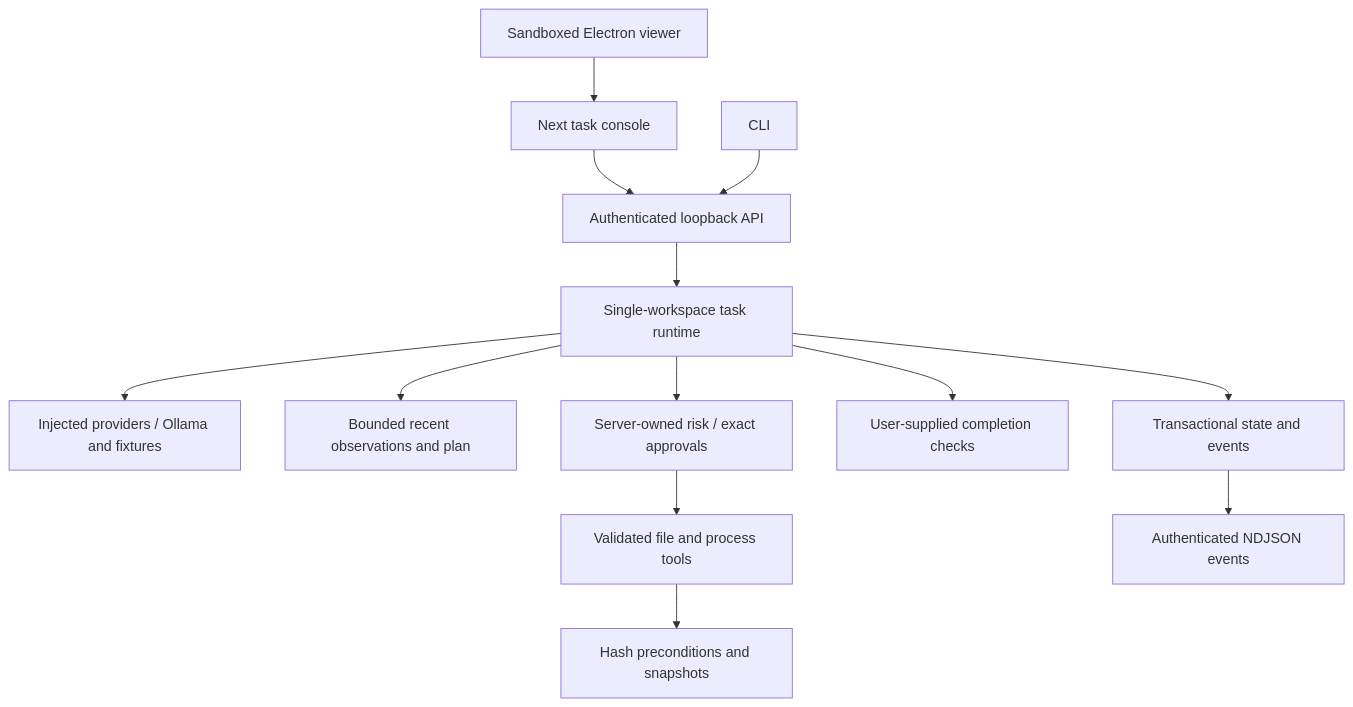
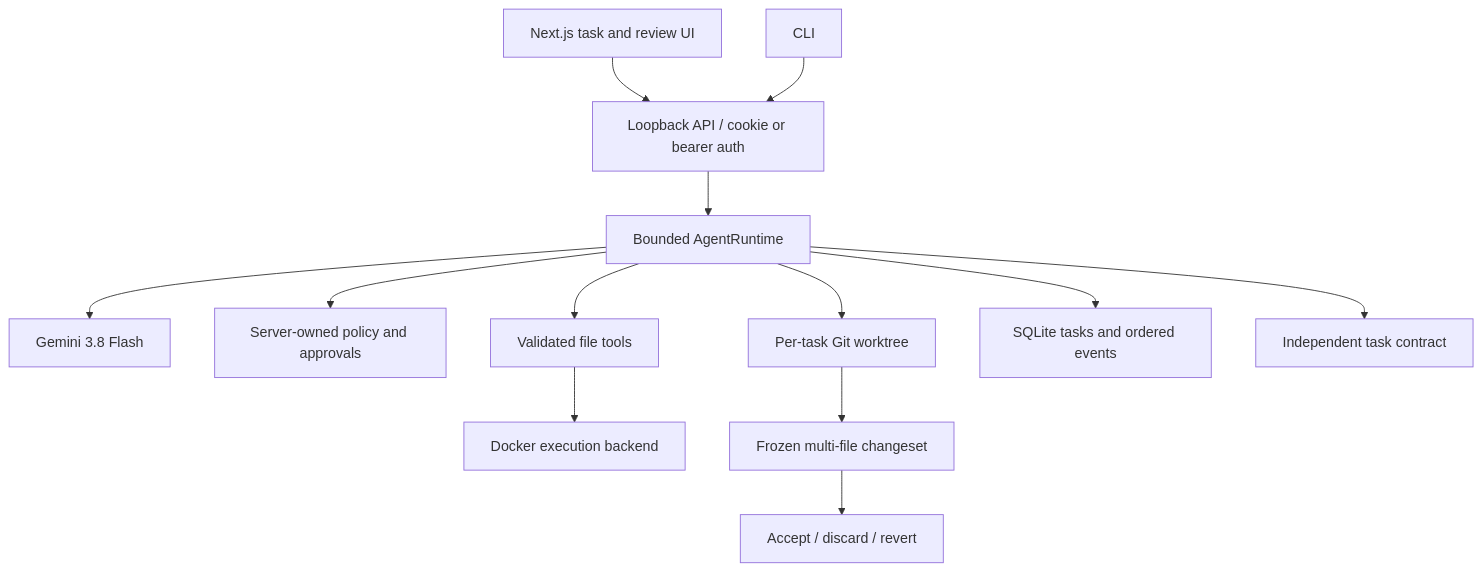
The diagram in docs/architecture.md (youssef061204/AI-Operator), drawn with Mermaid before and after one commit. The commit also changed other lines of this file and 87 other files, not shown here.

````diff
--- a/docs/architecture.md
+++ b/docs/architecture.md
@@ -3,15 +3,15 @@
 ```mermaid
 flowchart TD
-  UI[Next task console] --> API[Authenticated loopback API]
-  Desktop[Sandboxed Electron viewer] --> UI
+  Web[Next.js task and review UI] --> API[Loopback API / cookie or bearer auth]
   CLI[CLI] --> API
-  API --> Runtime[Single-workspace task runtime]
-  Runtime --> Provider[Injected providers / Ollama and fixtures]
-  Runtime --> Context[Bounded recent observations and plan]
-  Runtime --> Approval[Server-owned risk / exact approvals]
-  Approval --> Tools[Validated file and process tools]
-  Tools --> Checkpoint[Hash preconditions and snapshots]
-  Runtime --> Verification[User-supplied completion checks]
-  Runtime --> SQLite[Transactional state and events]
-  SQLite --> Stream[Authenticated NDJSON events]
+  API --> Runtime[Bounded AgentRuntime]
+  Runtime --> Gemini[Gemini 3.8 Flash]
+  Runtime --> Policy[Server-owned policy and approvals]
+  Runtime --> Workspace[Per-task Git worktree]
+  Runtime --> Tools[Validated file tools]
+  Tools --> Docker[Docker execution backend]
+  Workspace --> ChangeSet[Frozen multi-file changeset]
+  ChangeSet --> Accept[Accept / discard / revert]
+  Runtime --> Store[SQLite tasks and ordered events]
+  Runtime --> Verify[Independent task contract]
 ```
````
